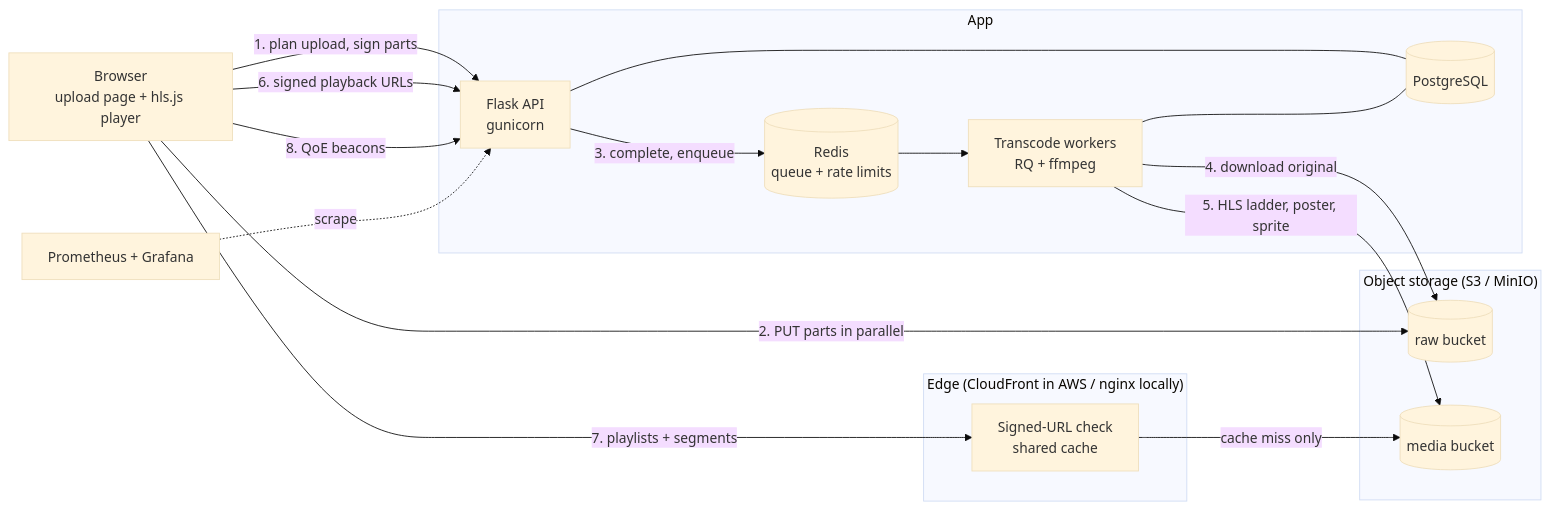
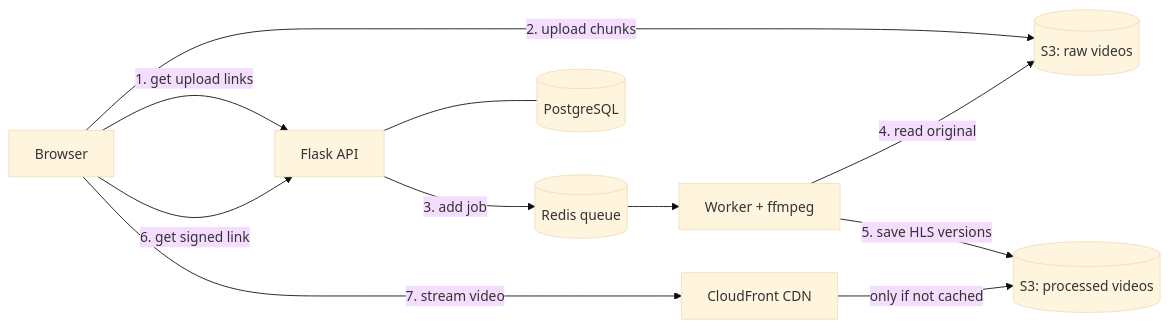
One commit to Aishwarya0903/Cloud-Based-Scalable-Video-Streaming-System changed the diagram in README.md. Above: the diagram before and after it, drawn with Mermaid (base theme). The commit also changed other lines of this file, not shown here.

````diff
--- a/README.md
+++ b/README.md
@@ -34,34 +42,13 @@
 ```mermaid
 flowchart LR
-    B[Browser<br/>upload page + hls.js player]
-
-    subgraph Edge["Edge (CloudFront in AWS / nginx locally)"]
-        E[Signed-URL check<br/>shared cache]
-    end
-
-    subgraph App
-        A[Flask API<br/>gunicorn]
-        W[Transcode workers<br/>RQ + ffmpeg]
-        Q[(Redis<br/>queue + rate limits)]
-        D[(PostgreSQL)]
-    end
-
-    subgraph S3["Object storage (S3 / MinIO)"]
-        R[(raw bucket)]
-        M[(media bucket)]
-    end
-
-    B -- "1. plan upload, sign parts" --> A
-    B -- "2. PUT parts in parallel" --> R
-    A -- "3. complete, enqueue" --> Q
-    Q --> W
-    W -- "4. download original" --> R
-    W -- "5. HLS ladder, poster, sprite" --> M
-    B -- "6. signed playback URLs" --> A
-    B -- "7. playlists + segments" --> E
-    E -- "cache miss only" --> M
-    B -- "8. QoE beacons" --> A
-    A --- D
-    W --- D
-    P[Prometheus + Grafana] -. scrape .-> A
+    U[Browser] -- "1. get upload links" --> API[Flask API]
+    U -- "2. upload chunks" --> RAW[(S3: raw videos)]
+    API -- "3. add job" --> Q[(Redis queue)]
+    Q --> W[Worker + ffmpeg]
+    W -- "4. read original" --> RAW
+    W -- "5. save HLS versions" --> MEDIA[(S3: processed videos)]
+    U -- "6. get signed link" --> API
+    U -- "7. stream video" --> CDN[CloudFront CDN]
+    CDN -- "only if not cached" --> MEDIA
+    API --- DB[(PostgreSQL)]
 ```
````
